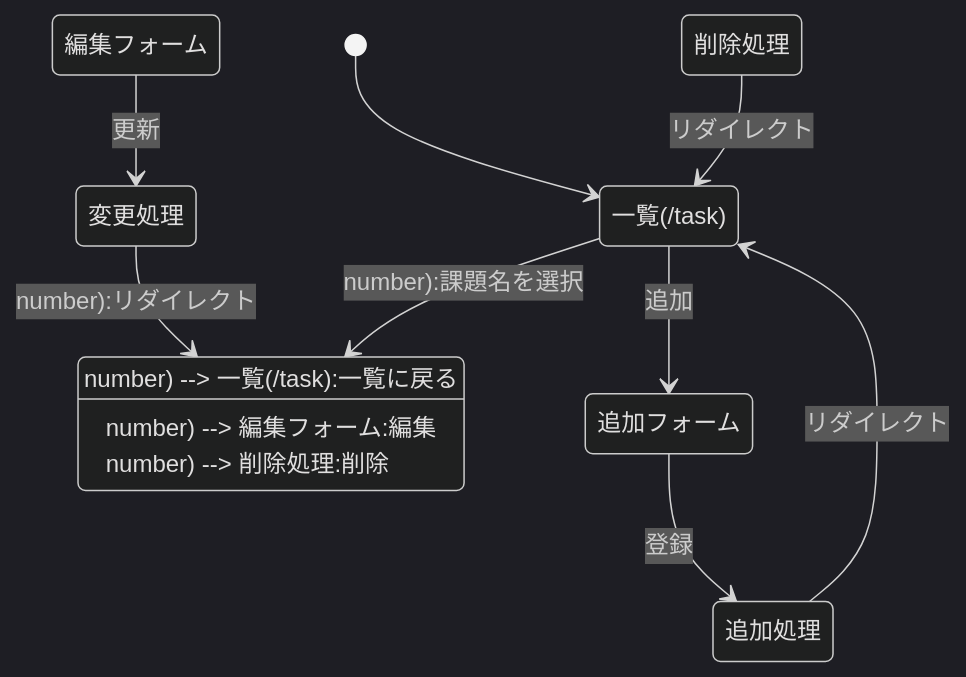
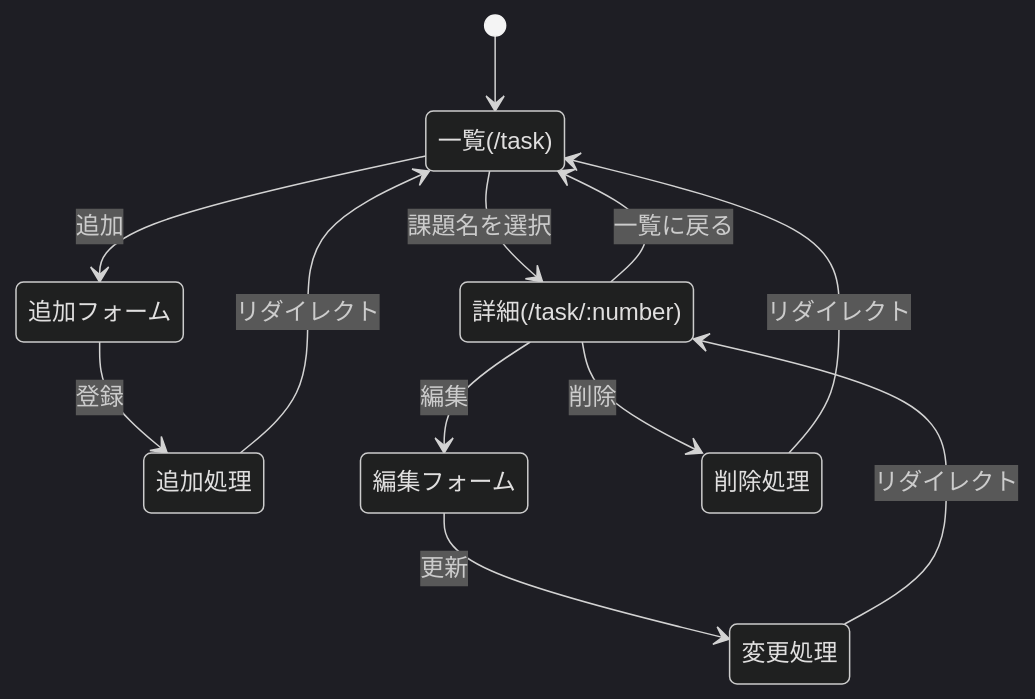
One commit to YAS-1219/webpro_06 changed the third of 3 diagrams in report_plan.md. Above: the diagram before and after it, drawn with Mermaid (dark theme). The commit also changed other lines of this file, not shown here.

First line of the commit message:
report_plan.mdのページ遷移図が崩れるのを修正

````diff
--- a/report_plan.md
+++ b/report_plan.md
@@ -92,14 +96,16 @@
 ```mermaid
 stateDiagram-v2
-[*] --> 一覧(/task)
-一覧(/task) --> 詳細(/task/:number):課題名を選択
-詳細(/task/:number) --> 一覧(/task):一覧に戻る
-一覧(/task) --> 追加フォーム:追加
+state "一覧(/task)" as list
+state "詳細(/task/#58;number)" as detail
+[*] --> list
+list --> detail:課題名を選択
+detail --> list:一覧に戻る
+list --> 追加フォーム:追加
 追加フォーム --> 追加処理:登録
-追加処理 --> 一覧(/task):リダイレクト
-詳細(/task/:number) --> 編集フォーム:編集
+追加処理 --> list:リダイレクト
+detail --> 編集フォーム:編集
 編集フォーム --> 変更処理:更新
-変更処理 --> 詳細(/task/:number):リダイレクト
-詳細(/task/:number) --> 削除処理:削除
-削除処理 --> 一覧(/task):リダイレクト
+変更処理 --> detail:リダイレクト
+detail --> 削除処理:削除
+削除処理 --> list:リダイレクト
 ```
````
